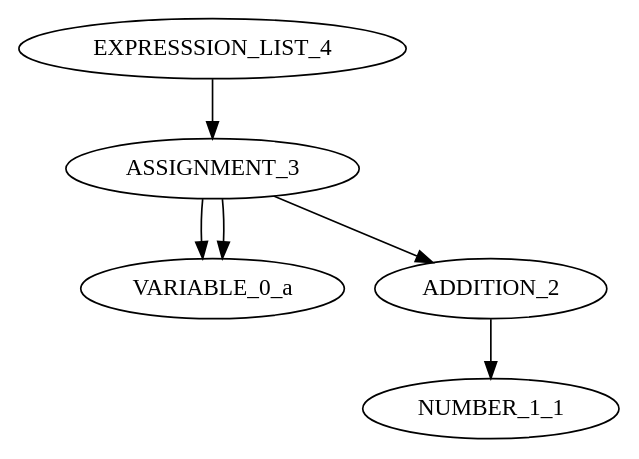
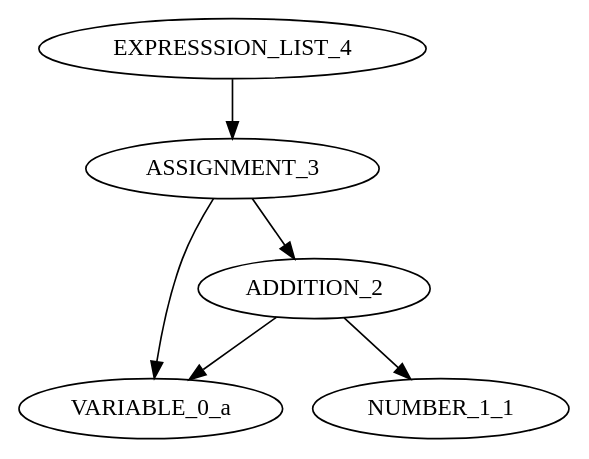
One commit to dhmhgreCompilers1/StartUpFlexBison2024 changed the diagram in StartUpFlexBison2024/graph.dot. Above: the diagram before and after it, drawn with Graphviz. The commit also changed 4 other files, not shown here.

```diff
--- a/StartUpFlexBison2024/graph.dot
+++ b/StartUpFlexBison2024/graph.dot
@@ -1,7 +1,7 @@
 digraph G{
 "EXPRESSSION_LIST_4" -> "ASSIGNMENT_3"
 "ASSIGNMENT_3" -> "VARIABLE_0_a"
 "ASSIGNMENT_3" -> "ADDITION_2"
-"ASSIGNMENT_3" -> "VARIABLE_0_a"
+"ADDITION_2" -> "VARIABLE_0_a"
 "ADDITION_2" -> "NUMBER_1_1"
 }
```
